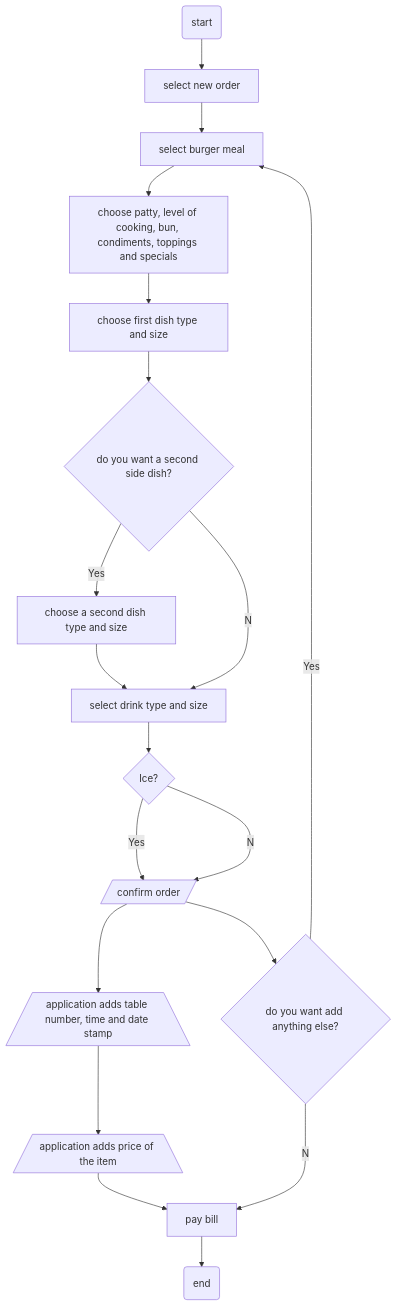
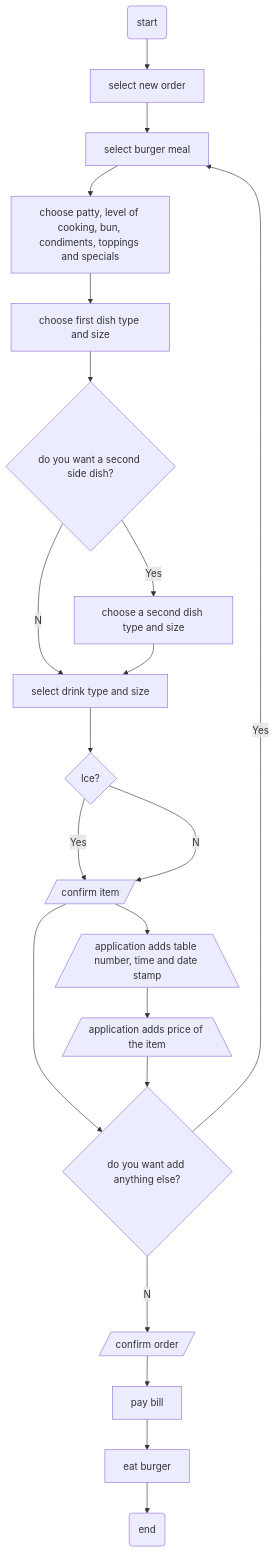
Before and after one commit to yusale9/student-showcase: the diagram in student-work/2022/Amichai-Klipstein/api-final-project/readme.md, drawn with Mermaid.

````diff
--- a/student-work/2022/Amichai-Klipstein/api-final-project/readme.md
+++ b/student-work/2022/Amichai-Klipstein/api-final-project/readme.md
@@ -10,22 +10,24 @@
 ```mermaid
   flowchart TD;
       A(start)-->B[select new order];
       B-->C[select burger meal];
       C-->D[choose patty, level of cooking, bun, condiments, toppings and specials]; 
       D-->E[choose first dish type and size];
       E-->F{do you want a second side dish?};
       F--Yes-->G[choose a second dish type and size];
       F--No-->H[select drink type and size];
       G-->H;
       H-->I{Ice?};
-      I--Yes-->J[/confirm order/];
+      I--Yes-->J[/confirm item/];
       I--No-->J;
       J-->K[/application adds table number, time and date stamp\];
       K-->L[/application adds price of the item\];
       J-->M{do you want add anything else?};
       M--Yes-->C;
-      M--No-->N[pay bill];
-      L-->N;
-      N-->O(end);
+      M--No-->N[/confirm order/];
+      L-->M;
+      N-->O[pay bill];
+      O-->P[eat burger];
+      P-->Q(end);
       
 ```
````
